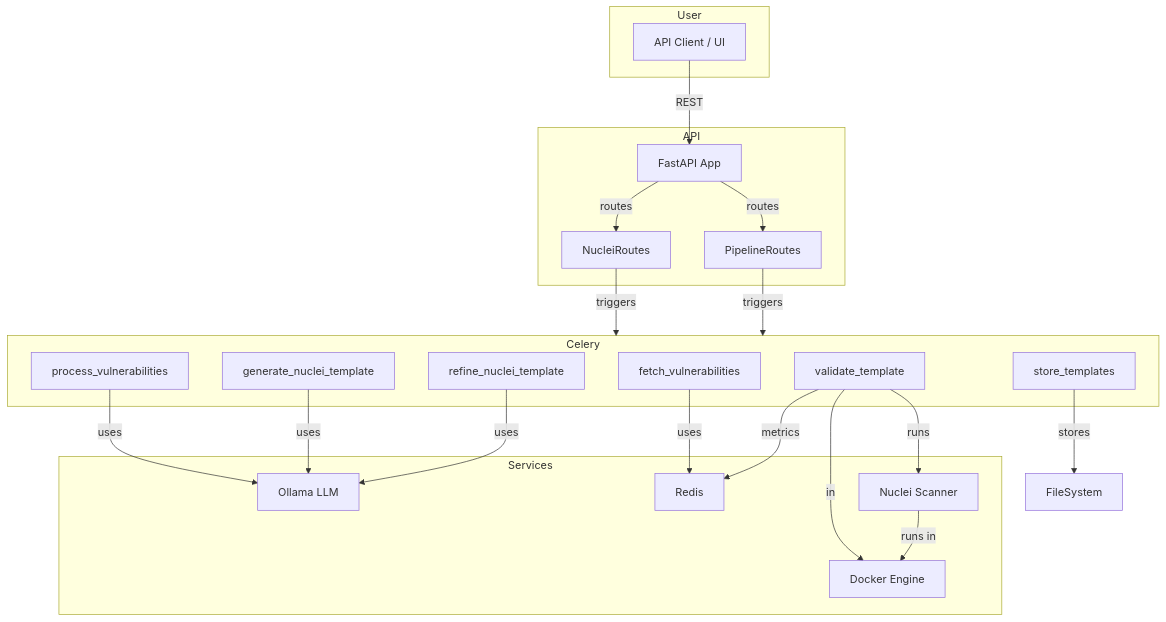
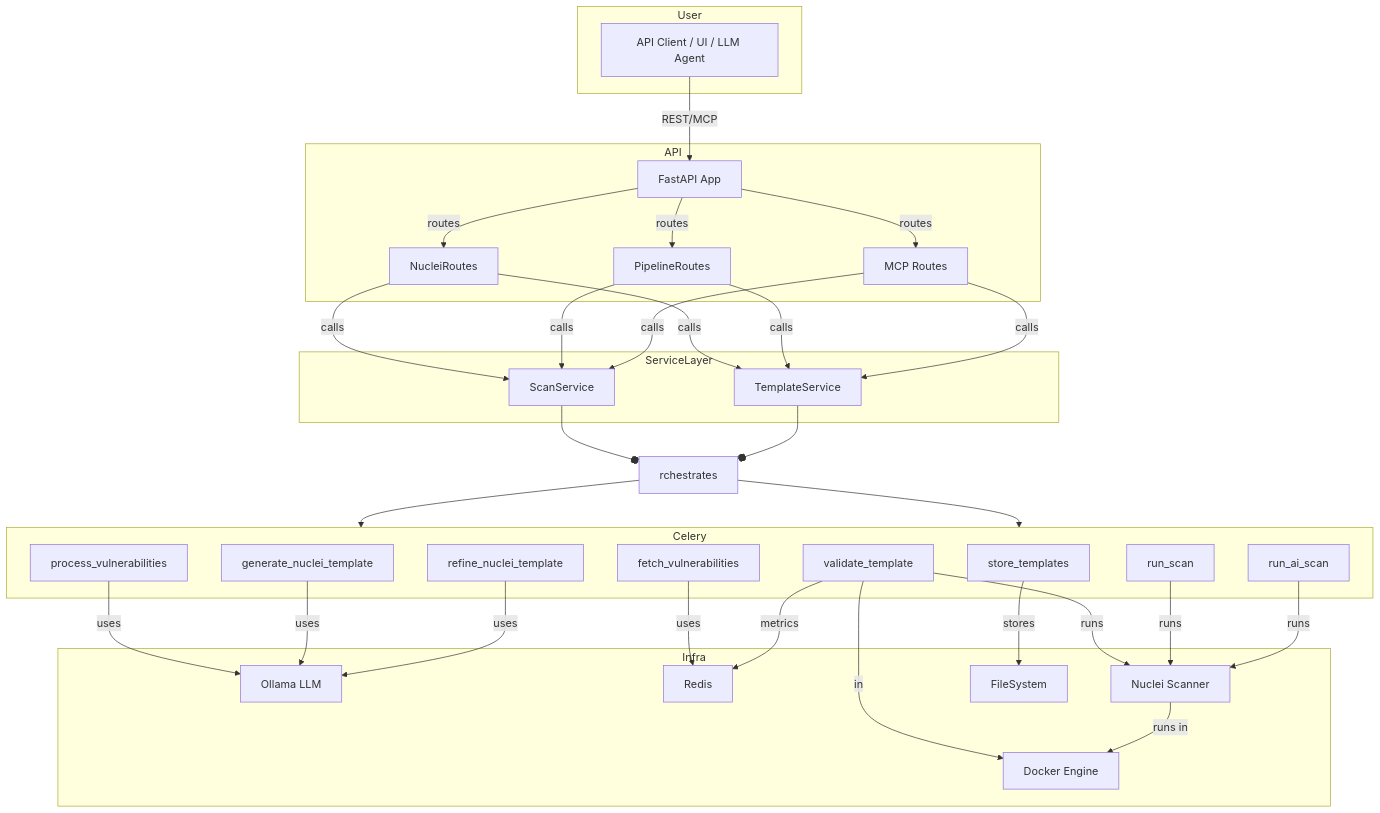
One commit to miladhzzzz/nuclei-api changed the first of 2 diagrams in README.md. Above: the diagram before and after it, drawn with Mermaid. The commit also changed other lines of this file, not shown here.

Commit message:
Update: Enhance README with detailed API structure, new MCP endpoints for LLM integration, and improved flowchart representation

````diff
--- a/README.md
+++ b/README.md
@@ -34,40 +34,57 @@
 ```mermaid
 flowchart TD
     subgraph User
-        A1[API Client / UI]
+        A1[API Client / UI / LLM Agent]
     end
     subgraph API
         B1[FastAPI App]
         B2[NucleiRoutes]
         B3[PipelineRoutes]
+        B4[MCP Routes]
+    end
+    subgraph ServiceLayer
+        S1[ScanService]
+        S2[TemplateService]
     end
     subgraph Celery
         C1[fetch_vulnerabilities]
         C2[process_vulnerabilities]
         C3[generate_nuclei_template]
         C4[store_templates]
         C5[validate_template]
         C6[refine_nuclei_template]
+        C7[run_scan]
+        C8[run_ai_scan]
     end
-    subgraph Services
+    subgraph Infra
         D1[Ollama LLM]
         D2[Redis]
         D3[Docker Engine]
         D4[Nuclei Scanner]
+        D5[FileSystem]
     end
 
-    A1--REST-->B1
+    A1--REST/MCP-->B1
     B1--routes-->B2
     B1--routes-->B3
-    B2--triggers-->Celery
-    B3--triggers-->Celery
+    B1--routes-->B4
+    B2--calls-->S1
+    B2--calls-->S2
+    B3--calls-->S1
+    B3--calls-->S2
+    B4--calls-->S1
+    B4--calls-->S2
+    S1--orchestrates-->Celery
+    S2--orchestrates-->Celery
     C1--uses-->D2
     C2--uses-->D1
     C3--uses-->D1
-    C4--stores-->FileSystem
+    C4--stores-->D5
     C5--runs-->D4
     C5--in-->D3
     C5--metrics-->D2
     C6--uses-->D1
+    C7--runs-->D4
+    C8--runs-->D4
     D4--runs in-->D3
 ```
````
